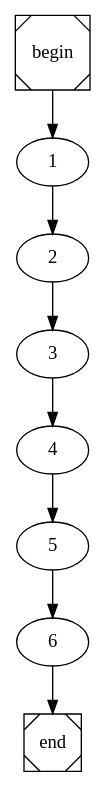
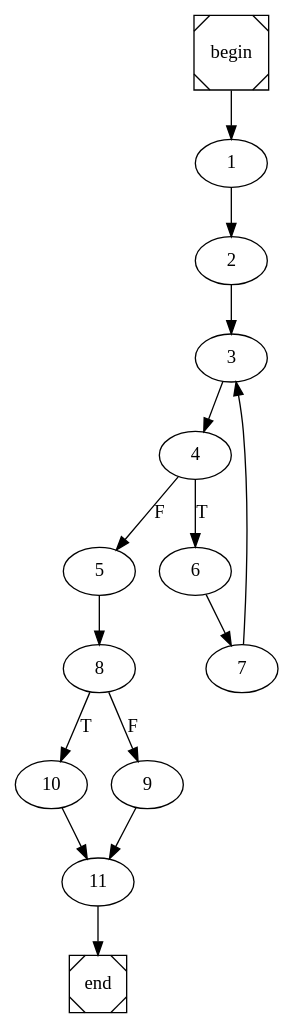
One commit to biam05/comp-feup changed the diagram in Main.dot. Above: the diagram before and after it, drawn with Graphviz. The commit also changed 6 other files, not shown here.

```diff
--- a/Main.dot
+++ b/Main.dot
@@ -1,4 +1,4 @@
 digraph cfg {
 	begin [shape=Msquare];
 	end [shape=Msquare];
-	begin -> 1;	1 -> 2;	2 -> 3;	3 -> 4;	4 -> 5;	5 -> 6;	6 -> end;}
+	begin -> 1;	1 -> 2;	2 -> 3;	3 -> 4;	4 -> 6[label=T];	4 -> 5[label=F];	5 -> 8;	6 -> 7;	7 -> 3;	8 -> 10[label=T];	8 -> 9[label=F];	9 -> 11;	10 -> 11;	11 -> end;}
```
